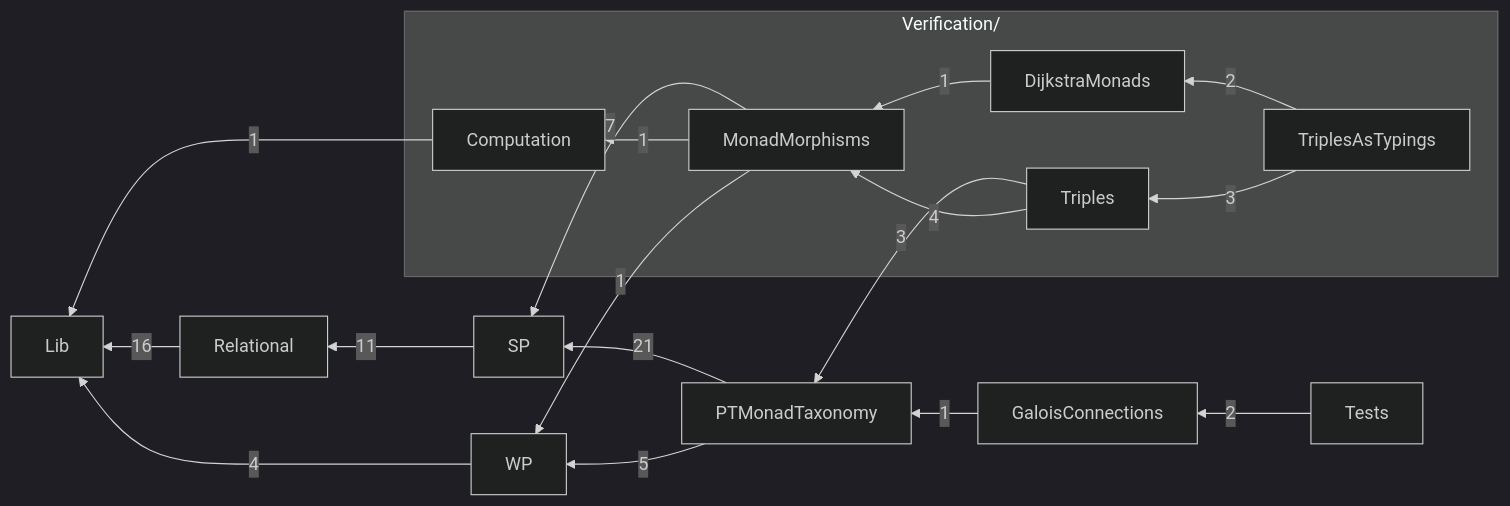
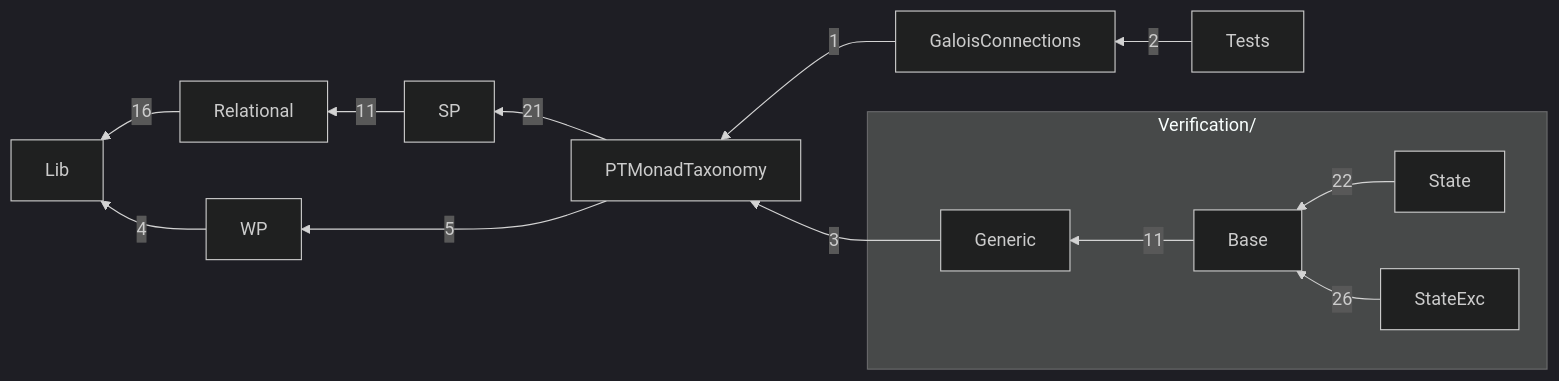
One commit to lastland/SpecMonad changed the diagram in Code/README.md. Above: the diagram before and after it, drawn with Mermaid (dark theme). The commit also changed other lines of this file and 60 other files, not shown here.

````diff
--- a/Code/README.md
+++ b/Code/README.md
@@ -45,26 +45,20 @@
 ```mermaid
 flowchart RL
   subgraph Verification[Verification/]
-    Verification_Computation[Computation]
-    Verification_DijkstraMonads[DijkstraMonads]
-    Verification_MonadMorphisms[MonadMorphisms]
-    Verification_Triples[Triples]
-    Verification_TriplesAsTypings[TriplesAsTypings]
+    Verification_Base[Base]
+    Verification_Generic[Generic]
+    Verification_State[State]
+    Verification_StateExc[StateExc]
   end
   GaloisConnections[GaloisConnections] -->|1| PTMonadTaxonomy[PTMonadTaxonomy]
   PTMonadTaxonomy[PTMonadTaxonomy] -->|21| SP[SP]
   PTMonadTaxonomy[PTMonadTaxonomy] -->|5| WP[WP]
   Relational[Relational] -->|16| Lib[Lib]
   SP[SP] -->|11| Relational[Relational]
   Tests[Tests] -->|2| GaloisConnections[GaloisConnections]
-  Verification_Computation -->|1| Lib[Lib]
-  Verification_DijkstraMonads -->|1| Verification_MonadMorphisms
-  Verification_MonadMorphisms -->|7| SP[SP]
-  Verification_MonadMorphisms -->|1| Verification_Computation
-  Verification_MonadMorphisms -->|1| WP[WP]
-  Verification_Triples -->|3| PTMonadTaxonomy[PTMonadTaxonomy]
-  Verification_Triples -->|4| Verification_MonadMorphisms
-  Verification_TriplesAsTypings -->|2| Verification_DijkstraMonads
-  Verification_TriplesAsTypings -->|3| Verification_Triples
+  Verification_Base -->|11| Verification_Generic
+  Verification_Generic -->|3| PTMonadTaxonomy[PTMonadTaxonomy]
+  Verification_State -->|22| Verification_Base
+  Verification_StateExc -->|26| Verification_Base
   WP[WP] -->|4| Lib[Lib]
 ```
````
